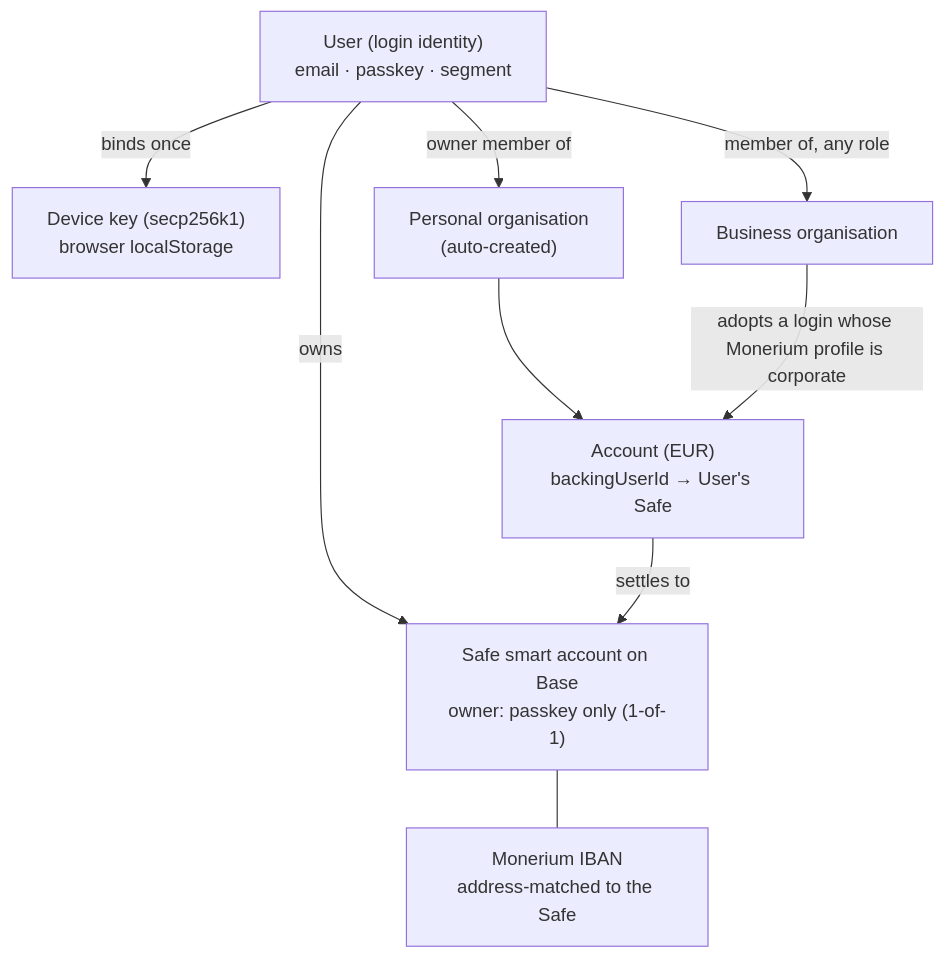
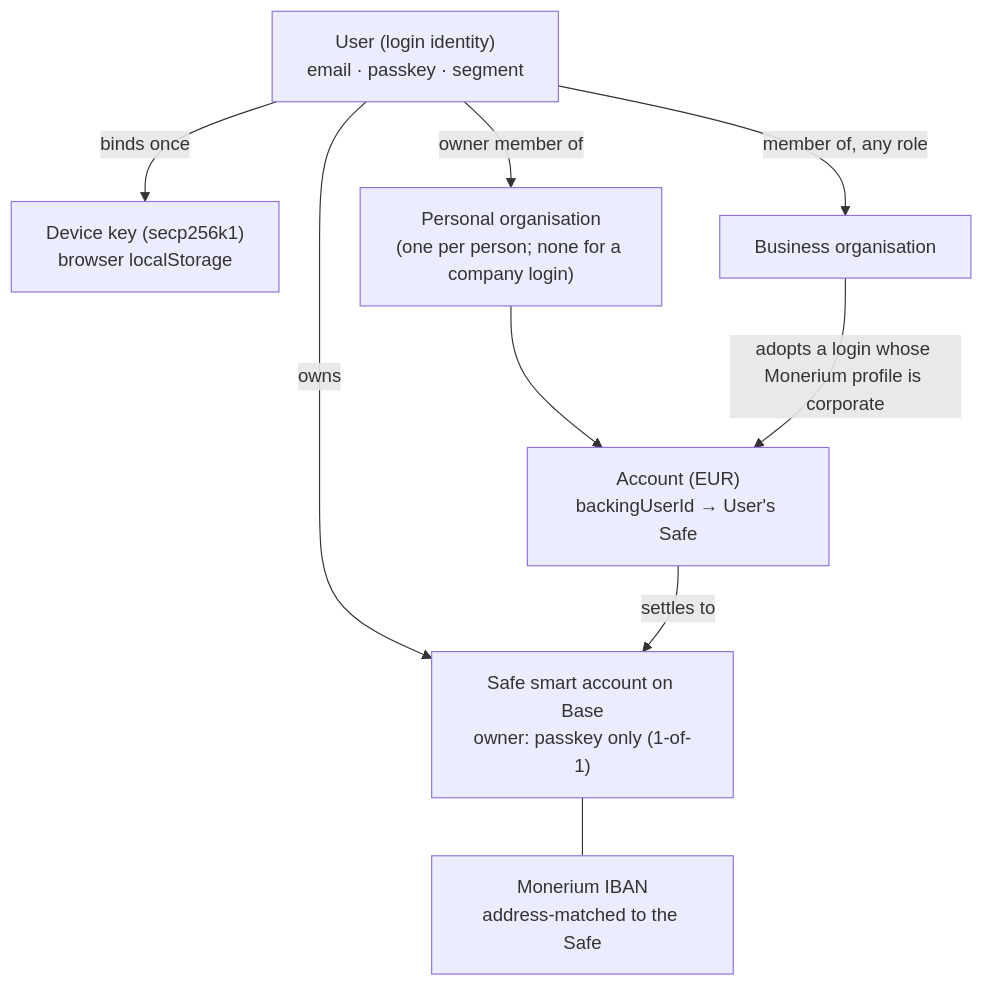
Before and after one commit to Zoldenburg-me/Zold-app: the second of 5 diagrams in docs/architecture/product-architecture.md, drawn with Mermaid. The commit also changed 17 other files, not shown here.

First line of the commit message:
feat: personal space prompt, company-named accounts, Security way back

````diff
--- a/docs/architecture/product-architecture.md
+++ b/docs/architecture/product-architecture.md
@@ -107,18 +107,18 @@
 ```mermaid
 flowchart TB
   User["User (login identity)<br/>email · passkey · segment"]
   Safe["Safe smart account on Base<br/>owner: passkey only (1-of-1)"]
   IBAN["Monerium IBAN<br/>address-matched to the Safe"]
   Dev["Device key (secp256k1)<br/>browser localStorage"]
-  POrg["Personal organisation<br/>(auto-created)"]
+  POrg["Personal organisation<br/>(one per person; none for a company login)"]
   BOrg["Business organisation"]
   Acc["Account (EUR)<br/>backingUserId → User's Safe"]
   User -->|owns| Safe
   Safe --- IBAN
   User -->|binds once| Dev
   User -->|owner member of| POrg
   User -->|member of, any role| BOrg
   POrg --> Acc
   BOrg -->|adopts a login whose Monerium profile is corporate| Acc
   Acc -->|settles to| Safe
 ```
````
